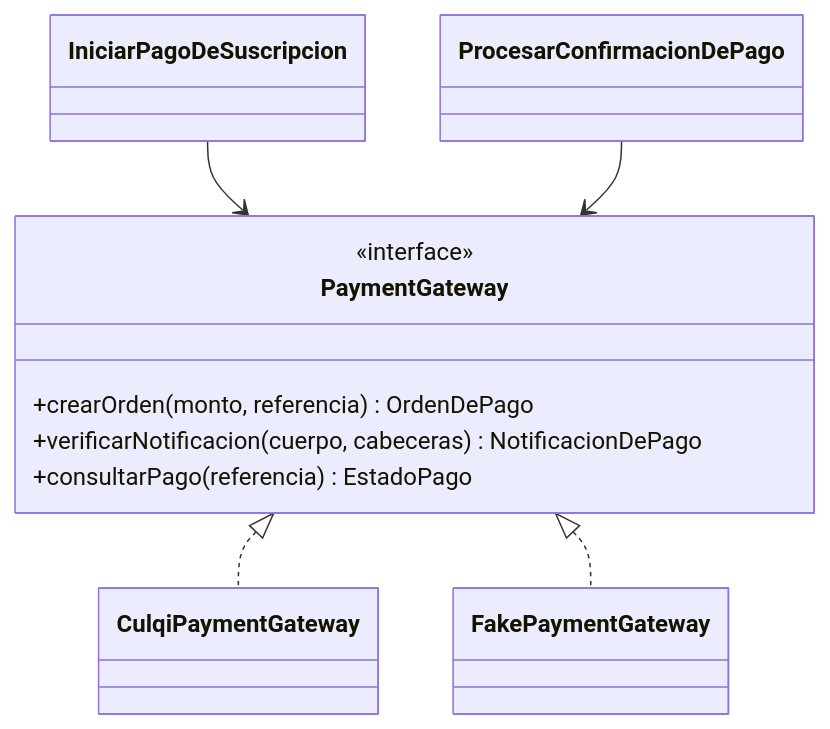
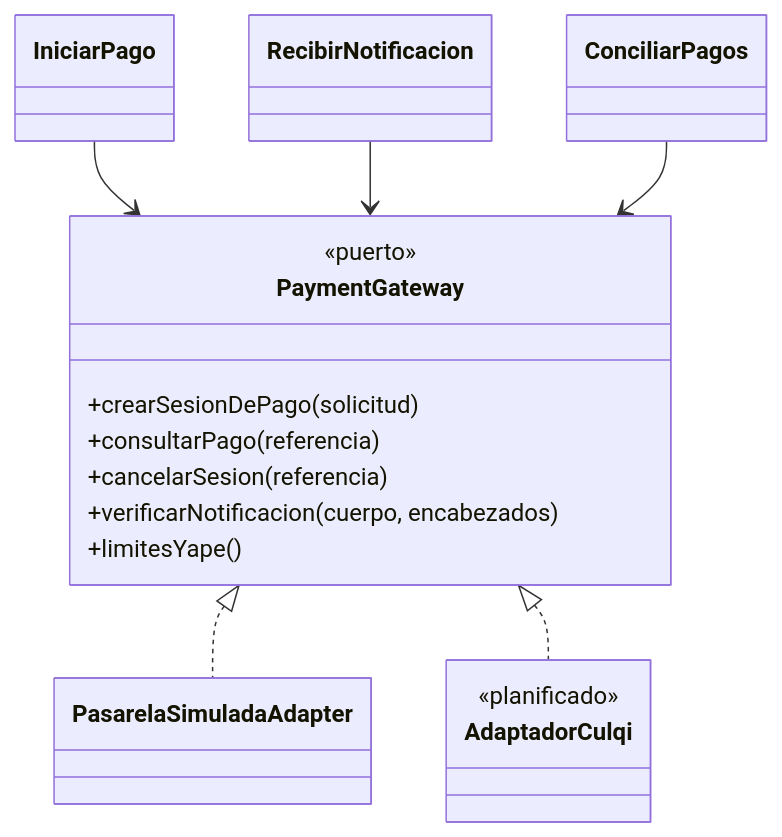
One commit to semcham/proyecto-final-barberia-ayacucho changed the diagram in docs/03-diseño-de-software/diseño-interno/patrones-de-diseño.md. Above: the diagram before and after it, drawn with Mermaid. The commit also changed other lines of this file and 67 other files, not shown here.

Commit message:
docs: documentación y diagramas coherentes con 001, 002, 003 .... 006

````diff
--- a/docs/03-diseño-de-software/diseño-interno/patrones-de-diseño.md
+++ b/docs/03-diseño-de-software/diseño-interno/patrones-de-diseño.md
@@ -27,17 +31,28 @@
 ```mermaid
 classDiagram
     class PaymentGateway {
-        <<interface>>
-        +crearOrden(monto, referencia) OrdenDePago
-        +verificarNotificacion(cuerpo, cabeceras) NotificacionDePago
-        +consultarPago(referencia) EstadoPago
+        <<puerto>>
+        +crearSesionDePago(solicitud)
+        +consultarPago(referencia)
+        +cancelarSesion(referencia)
+        +verificarNotificacion(cuerpo, encabezados)
+        +limitesYape()
     }
-    class CulqiPaymentGateway
-    class FakePaymentGateway
-    class IniciarPagoDeSuscripcion
-    class ProcesarConfirmacionDePago
-    PaymentGateway <|.. CulqiPaymentGateway
-    PaymentGateway <|.. FakePaymentGateway
-    IniciarPagoDeSuscripcion --> PaymentGateway
-    ProcesarConfirmacionDePago --> PaymentGateway
+    class PasarelaSimuladaAdapter
+    class AdaptadorCulqi {
+        <<planificado>>
+    }
+    class IniciarPago
+    class RecibirNotificacion
+    class ConciliarPagos
+    PaymentGateway <|.. PasarelaSimuladaAdapter
+    PaymentGateway <|.. AdaptadorCulqi
+    IniciarPago --> PaymentGateway
+    RecibirNotificacion --> PaymentGateway
+    ConciliarPagos --> PaymentGateway
+
+    classDef implementado fill:#e8eef7,stroke:#3b5b8c,color:#1f2d4a
+    classDef planificado fill:#f5f5f5,stroke:#9e9e9e,stroke-dasharray:5 5,color:#424242
+    cssClass "PaymentGateway,PasarelaSimuladaAdapter,IniciarPago,RecibirNotificacion,ConciliarPagos" implementado
+    cssClass "AdaptadorCulqi" planificado
 ```
````
